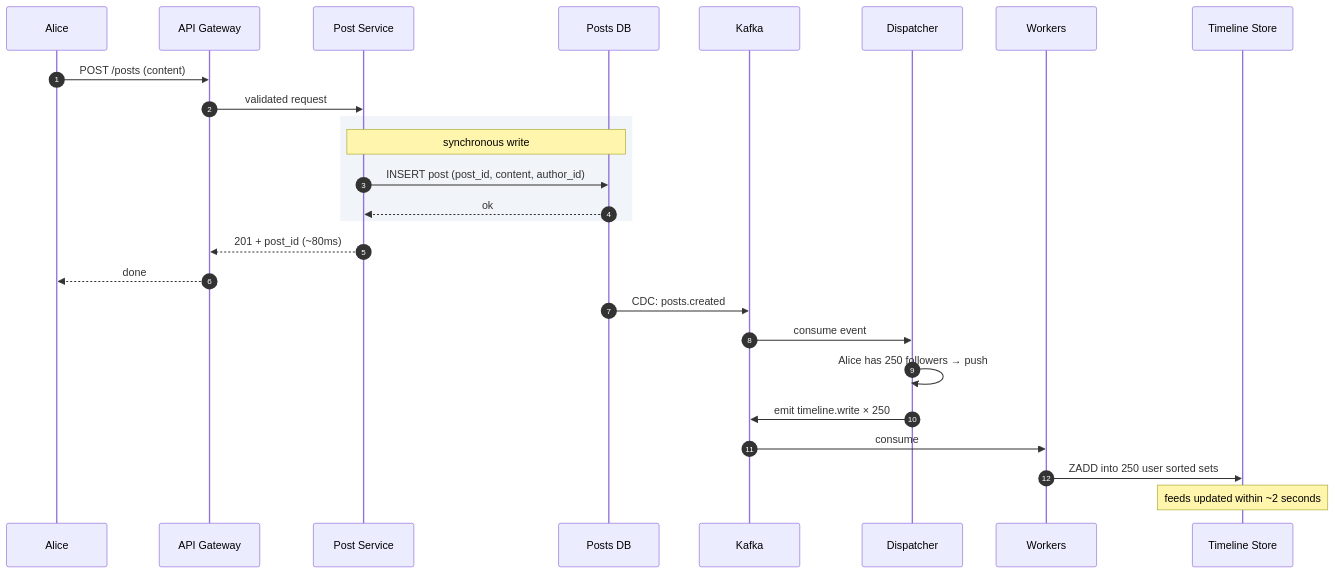
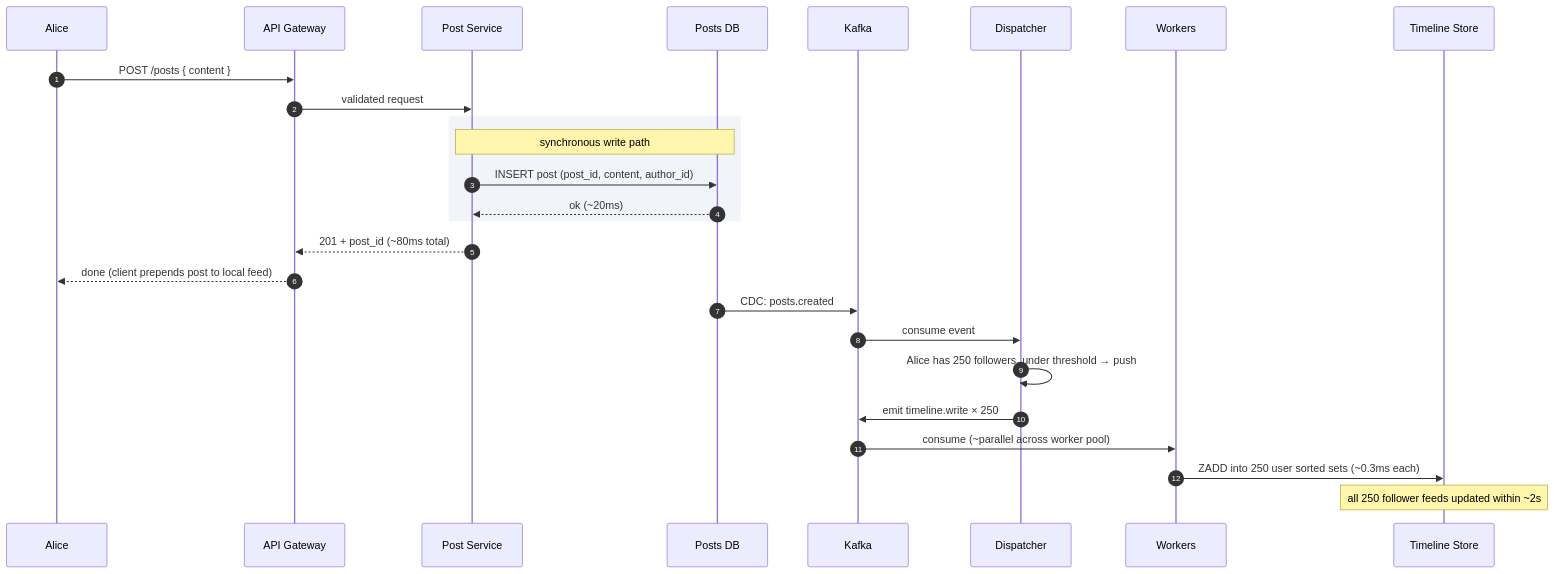
Before and after one commit to shiningflash/shiningflash.github.io: the ninth of 16 diagrams in _practice/system-design/002-news-feed.md, drawn with Mermaid. The commit also changed other lines of this file and 18 other files, not shown here.

````diff
--- a/_practice/system-design/002-news-feed.md
+++ b/_practice/system-design/002-news-feed.md
@@ -397,31 +377,31 @@
 ```mermaid
 sequenceDiagram
     autonumber
     participant Alice
     participant GW as API Gateway
     participant PS as Post Service
     participant DB as Posts DB
     participant K as Kafka
     participant D as Dispatcher
     participant W as Workers
     participant TS as Timeline Store
 
-    Alice->>GW: POST /posts (content)
+    Alice->>GW: POST /posts { content }
     GW->>PS: validated request
 
     rect rgb(241, 245, 249)
-        Note over PS,DB: synchronous write
+        Note over PS,DB: synchronous write path
         PS->>DB: INSERT post (post_id, content, author_id)
-        DB-->>PS: ok
+        DB-->>PS: ok (~20ms)
     end
 
-    PS-->>GW: 201 + post_id (~80ms)
-    GW-->>Alice: done
+    PS-->>GW: 201 + post_id (~80ms total)
+    GW-->>Alice: done (client prepends post to local feed)
     DB->>K: CDC: posts.created
     K->>D: consume event
-    D->>D: Alice has 250 followers → push
+    D->>D: Alice has 250 followers, under threshold → push
     D->>K: emit timeline.write × 250
-    K->>W: consume
-    W->>TS: ZADD into 250 user sorted sets
-    Note over TS: feeds updated within ~2 seconds
+    K->>W: consume (~parallel across worker pool)
+    W->>TS: ZADD into 250 user sorted sets (~0.3ms each)
+    Note over TS: all 250 follower feeds updated within ~2s
 ```
````
